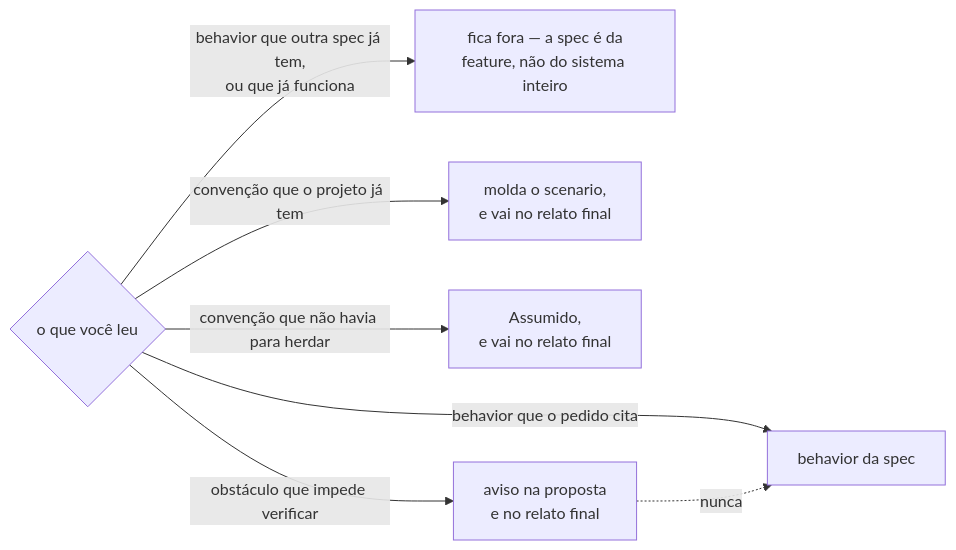
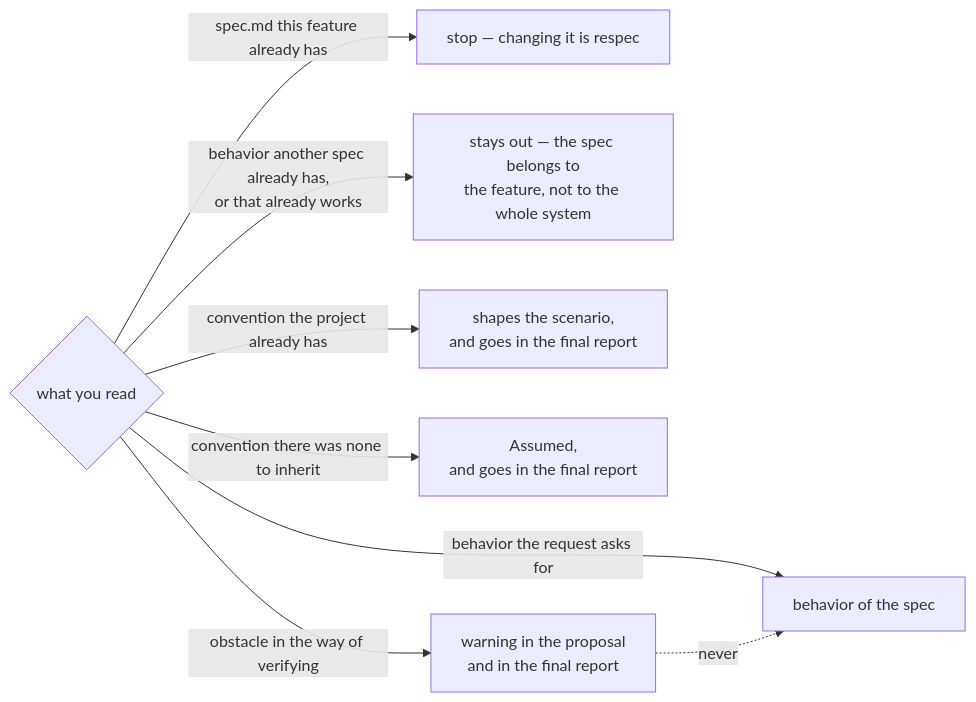
The first of 3 diagrams in skills/spec/SKILL.md (WilliamRAlvesJr/my-sdd), drawn with Mermaid before and after one commit. The commit also changed other lines of this file and 3 other files, not shown here.

````diff
--- a/skills/spec/SKILL.md
+++ b/skills/spec/SKILL.md
@@ -69,9 +128,10 @@
 ```mermaid
 flowchart LR
-    L{o que você leu} -->|behavior que o pedido cita| COMP[behavior da spec]
-    L -->|behavior que outra spec já tem,<br>ou que já funciona| FORA[fica fora — a spec é da<br>feature, não do sistema inteiro]
-    L -->|convenção que o projeto já tem| HERD[molda o scenario,<br>e vai no relato final]
-    L -->|convenção que não havia para herdar| ASS[Assumido,<br>e vai no relato final]
-    L -->|obstáculo que impede verificar| AV[aviso na proposta<br>e no relato final]
-    AV -.->|nunca| COMP
+    L{what you read} -->|behavior the request asks for| COMP[behavior of the spec]
+    L -->|spec.md this feature already has| PARE[stop — changing it is respec]
+    L -->|behavior another spec already has,<br>or that already works| FORA[stays out — the spec belongs to<br>the feature, not to the whole system]
+    L -->|convention the project already has| HERD[shapes the scenario,<br>and goes in the final report]
+    L -->|convention there was none to inherit| ASS[Assumed,<br>and goes in the final report]
+    L -->|obstacle in the way of verifying| AV[warning in the proposal<br>and in the final report]
+    AV -.->|never| COMP
 ```
````
